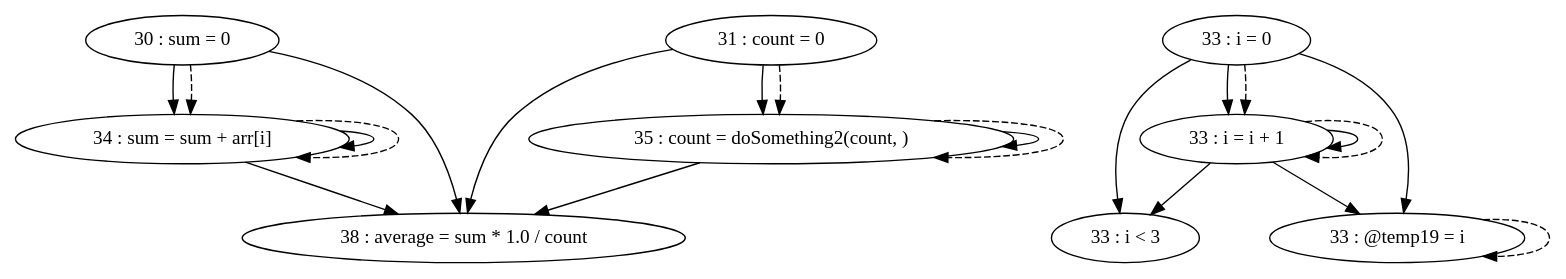
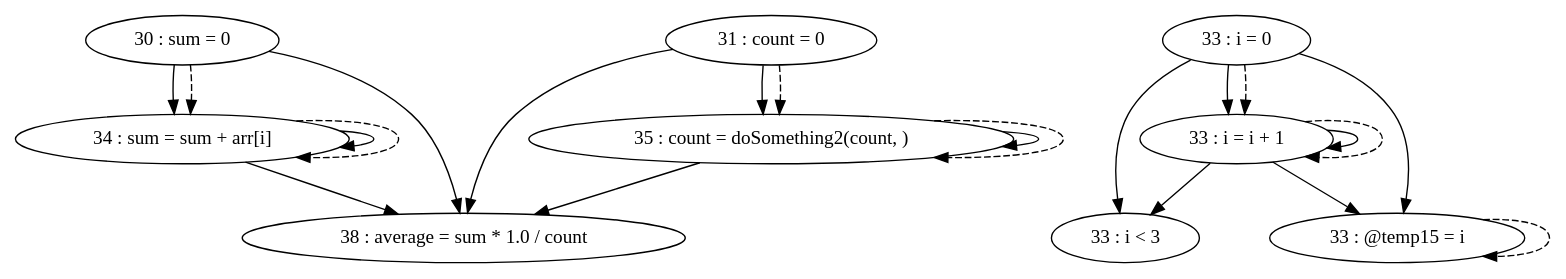
The diagram in pdg/source/testFiles/TestCases/TestCase5/TestCase5-test2.gv (thomassimko/thesis-code-duplication), drawn with Graphviz before and after one commit. The commit also changed 27 other files, not shown here.

```diff
--- a/pdg/source/testFiles/TestCases/TestCase5/TestCase5-test2.gv
+++ b/pdg/source/testFiles/TestCases/TestCase5/TestCase5-test2.gv
@@ -1,32 +1,32 @@
 digraph G {
 "30 : sum = 0"
 "30 : sum = 0" -> "34 : sum = sum + arr[i]"
 "30 : sum = 0" -> "38 : average = sum * 1.0 / count"
 "30 : sum = 0" -> "34 : sum = sum + arr[i]" [style=dashed]
 "31 : count = 0"
+"31 : count = 0" -> "38 : average = sum * 1.0 / count"
 "31 : count = 0" -> "35 : count = doSomething2(count, )"
-"31 : count = 0" -> "38 : average = sum * 1.0 / count"
 "31 : count = 0" -> "35 : count = doSomething2(count, )" [style=dashed]
 "33 : i = 0"
+"33 : i = 0" -> "33 : i = i + 1"
 "33 : i = 0" -> "33 : i < 3"
-"33 : i = 0" -> "33 : @temp19 = i"
-"33 : i = 0" -> "33 : i = i + 1"
+"33 : i = 0" -> "33 : @temp15 = i"
 "33 : i = 0" -> "33 : i = i + 1" [style=dashed]
 "33 : i < 3"
 "34 : sum = sum + arr[i]"
 "34 : sum = sum + arr[i]" -> "34 : sum = sum + arr[i]"
 "34 : sum = sum + arr[i]" -> "38 : average = sum * 1.0 / count"
 "34 : sum = sum + arr[i]" -> "34 : sum = sum + arr[i]" [style=dashed]
 "35 : count = doSomething2(count, )"
+"35 : count = doSomething2(count, )" -> "38 : average = sum * 1.0 / count"
 "35 : count = doSomething2(count, )" -> "35 : count = doSomething2(count, )"
-"35 : count = doSomething2(count, )" -> "38 : average = sum * 1.0 / count"
 "35 : count = doSomething2(count, )" -> "35 : count = doSomething2(count, )" [style=dashed]
-"33 : @temp19 = i"
-"33 : @temp19 = i" -> "33 : @temp19 = i" [style=dashed]
+"33 : @temp15 = i"
+"33 : @temp15 = i" -> "33 : @temp15 = i" [style=dashed]
 "33 : i = i + 1"
+"33 : i = i + 1" -> "33 : i = i + 1"
 "33 : i = i + 1" -> "33 : i < 3"
-"33 : i = i + 1" -> "33 : @temp19 = i"
-"33 : i = i + 1" -> "33 : i = i + 1"
+"33 : i = i + 1" -> "33 : @temp15 = i"
 "33 : i = i + 1" -> "33 : i = i + 1" [style=dashed]
 "38 : average = sum * 1.0 / count"
 }
```
